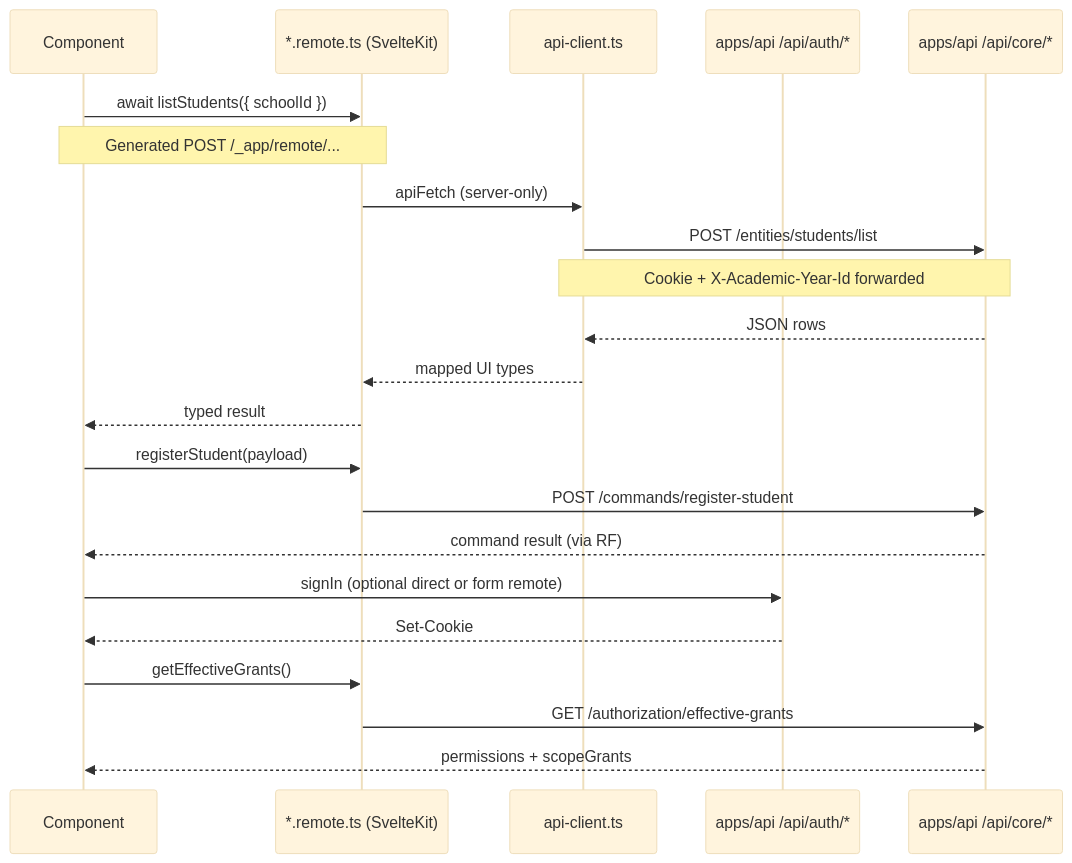
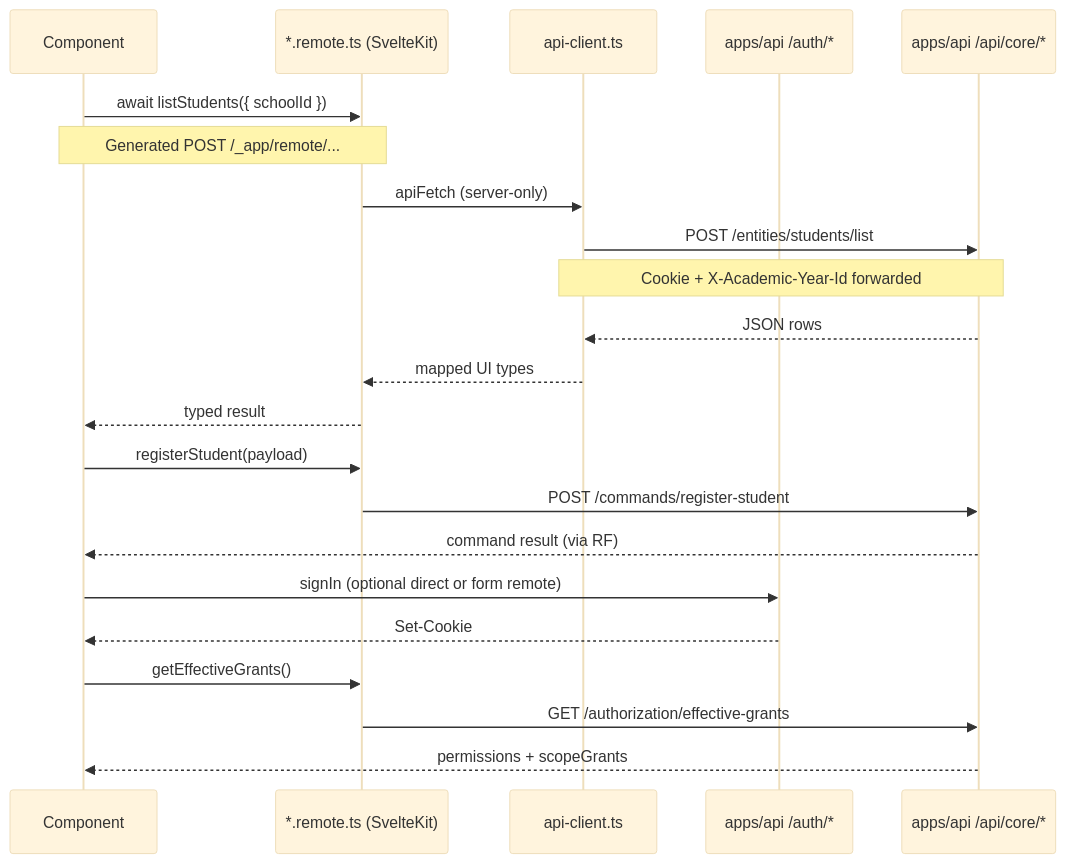
The diagram in docs/done/webapp-api-integration-plan.md (Maya-Invest/edaya_backend), drawn with Mermaid (base theme) before and after one commit. The commit also changed other lines of this file and 82 other files, not shown here.

````diff
--- a/docs/done/webapp-api-integration-plan.md
+++ b/docs/done/webapp-api-integration-plan.md
@@ -432,27 +432,27 @@
 ```mermaid
 sequenceDiagram
   participant UI as Component
   participant RF as *.remote.ts (SvelteKit)
   participant BFF as api-client.ts
-  participant Auth as apps/api /api/auth/*
+  participant Auth as apps/api /auth/*
   participant API as apps/api /api/core/*
 
   UI->>RF: await listStudents({ schoolId })
   Note over UI,RF: Generated POST /_app/remote/...
   RF->>BFF: apiFetch (server-only)
   BFF->>API: POST /entities/students/list
   Note over BFF,API: Cookie + X-Academic-Year-Id forwarded
   API-->>BFF: JSON rows
   BFF-->>RF: mapped UI types
   RF-->>UI: typed result
 
   UI->>RF: registerStudent(payload)
   RF->>API: POST /commands/register-student
   API-->>UI: command result (via RF)
 
   UI->>Auth: signIn (optional direct or form remote)
   Auth-->>UI: Set-Cookie
   UI->>RF: getEffectiveGrants()
   RF->>API: GET /authorization/effective-grants
   API-->>UI: permissions + scopeGrants
 ```
````
